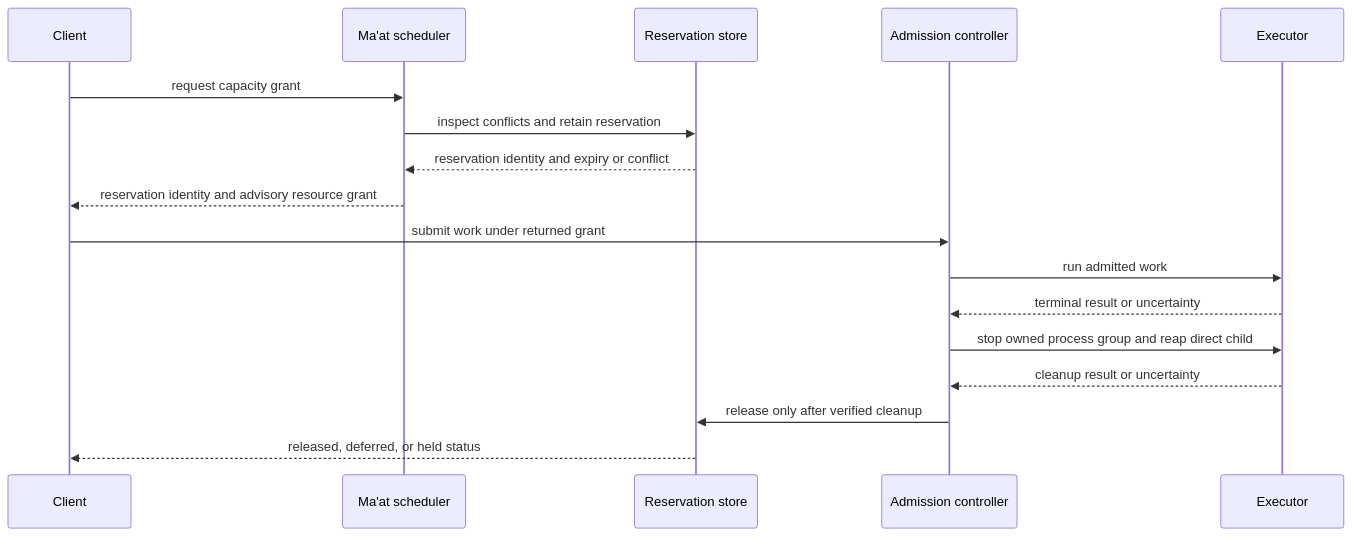
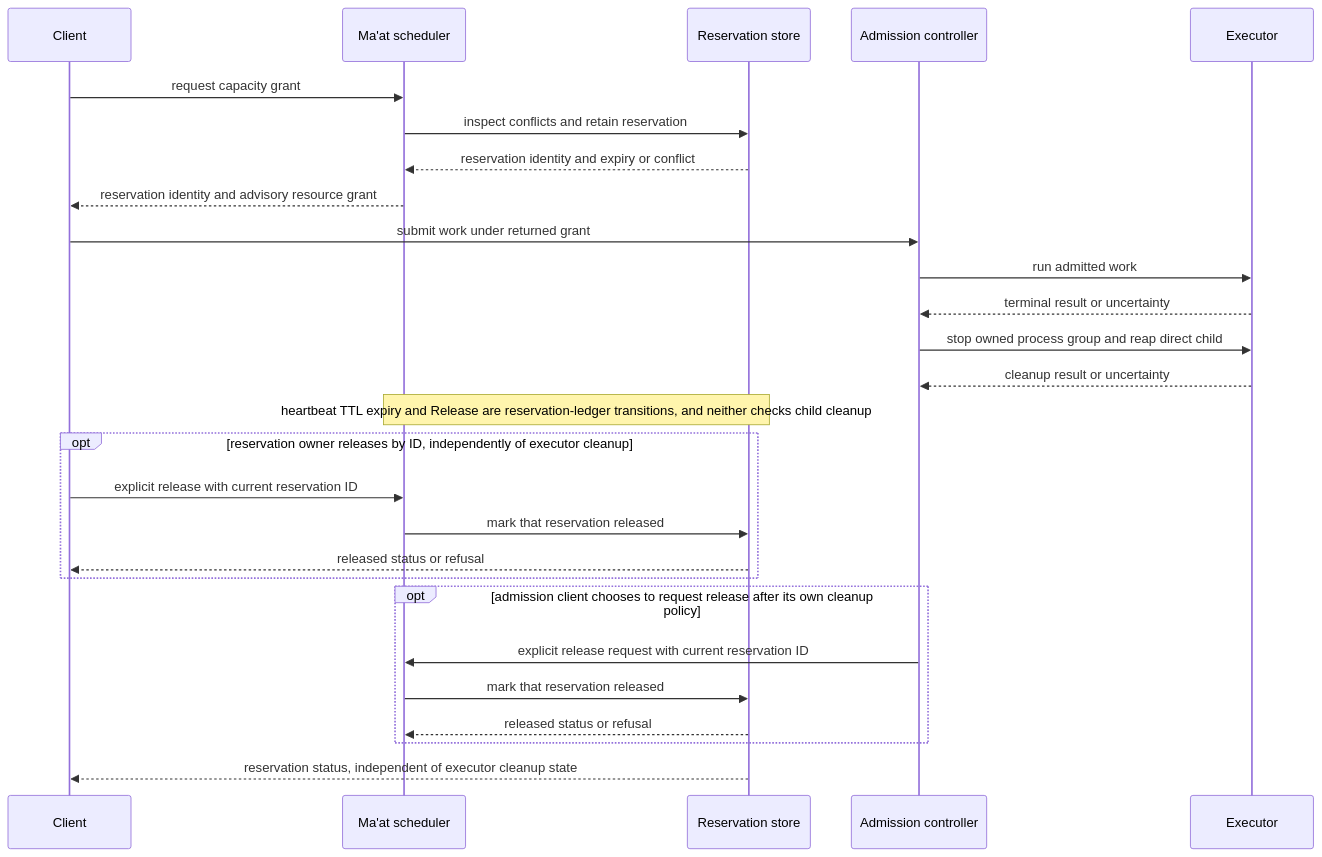
Before and after one commit to SirsiMaster/sirsi-pantheon: diagram 36 of 44 in docs/stacklab/pantheon-pt/canon/DIAGRAMS_MAAT_GOVERNANCE.md, drawn with Mermaid. The commit also changed other lines of this file and 2 other files, not shown here.

Commit message:
docs(stacklab): align workflow diagrams with actual effects and recovery

````diff
--- a/docs/stacklab/pantheon-pt/canon/DIAGRAMS_MAAT_GOVERNANCE.md
+++ b/docs/stacklab/pantheon-pt/canon/DIAGRAMS_MAAT_GOVERNANCE.md
@@ -841,19 +849,29 @@
 ```mermaid
 sequenceDiagram
   participant Client
   participant Scheduler as Ma'at scheduler
   participant Store as Reservation store
   participant Admission as Admission controller
   participant Executor
   Client->>Scheduler: request capacity grant
   Scheduler->>Store: inspect conflicts and retain reservation
   Store-->>Scheduler: reservation identity and expiry or conflict
   Scheduler-->>Client: reservation identity and advisory resource grant
   Client->>Admission: submit work under returned grant
   Admission->>Executor: run admitted work
   Executor-->>Admission: terminal result or uncertainty
   Admission->>Executor: stop owned process group and reap direct child
   Executor-->>Admission: cleanup result or uncertainty
-  Admission->>Store: release only after verified cleanup
-  Store-->>Client: released, deferred, or held status
+  Note over Scheduler,Store: heartbeat TTL expiry and Release are reservation-ledger transitions, and neither checks child cleanup
+  opt reservation owner releases by ID, independently of executor cleanup
+    Client->>Scheduler: explicit release with current reservation ID
+    Scheduler->>Store: mark that reservation released
+    Store-->>Client: released status or refusal
+  end
+  opt admission client chooses to request release after its own cleanup policy
+    Admission->>Scheduler: explicit release request with current reservation ID
+    Scheduler->>Store: mark that reservation released
+    Store-->>Scheduler: released status or refusal
+  end
+  Store-->>Client: reservation status, independent of executor cleanup state
 ```
````
